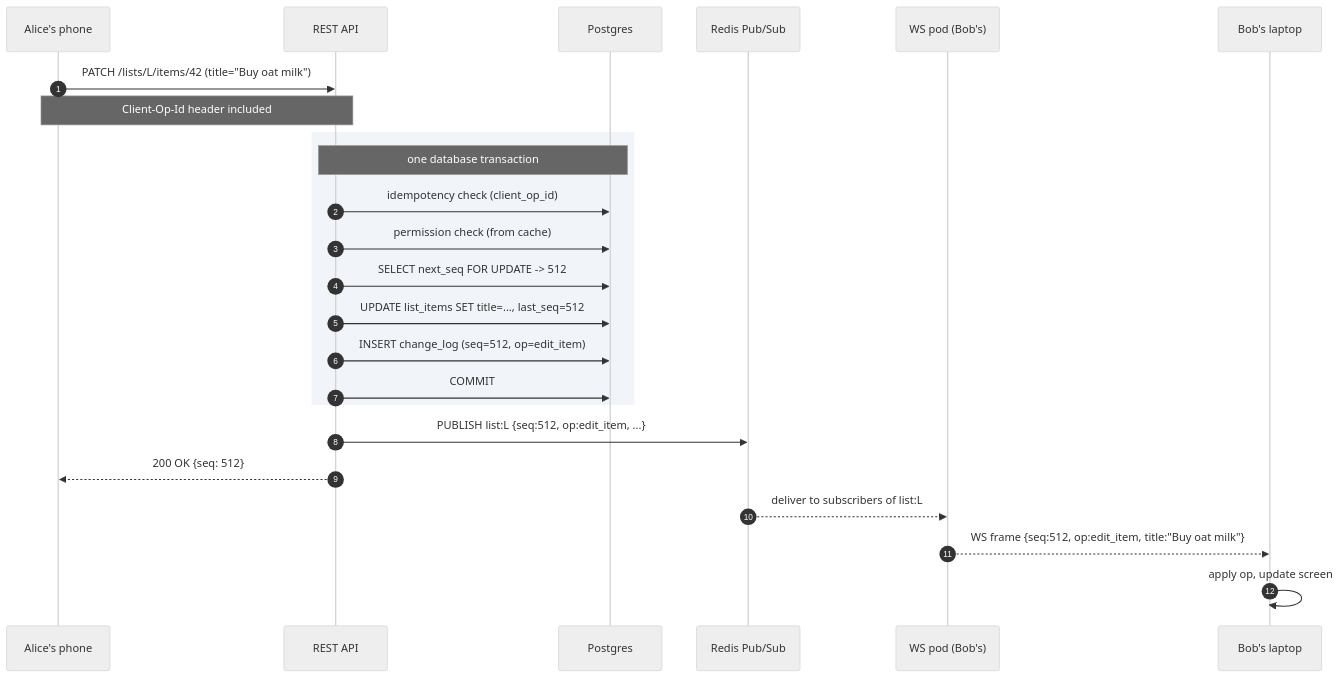
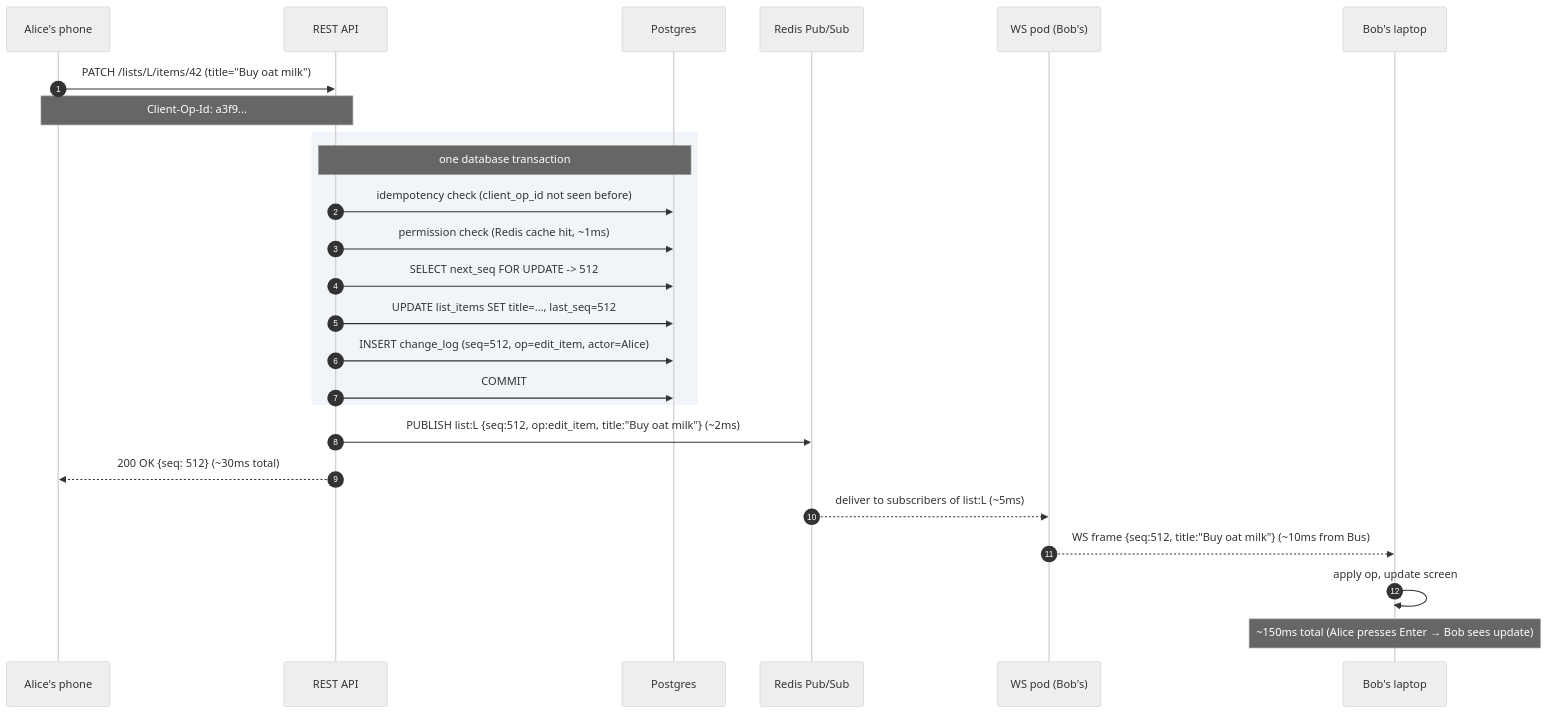
Before and after one commit to shiningflash/system-design: the tenth of 12 diagrams in problems/013-todo-list-sharing/question.md, drawn with Mermaid (neutral theme). The commit also changed other lines of this file and 37 other files, not shown here.

````diff
--- a/problems/013-todo-list-sharing/question.md
+++ b/problems/013-todo-list-sharing/question.md
@@ -384,29 +443,30 @@
 ```mermaid
 sequenceDiagram
     autonumber
     participant Alice as Alice's phone
     participant API as REST API
     participant DB as Postgres
     participant Bus as Redis Pub/Sub
     participant WS as WS pod (Bob's)
     participant Bob as Bob's laptop
 
     Alice->>API: PATCH /lists/L/items/42 (title="Buy oat milk")
-    Note over Alice,API: Client-Op-Id header included
+    Note over Alice,API: Client-Op-Id: a3f9...
 
     rect rgb(241, 245, 249)
         Note over API,DB: one database transaction
-        API->>DB: idempotency check (client_op_id)
-        API->>DB: permission check (from cache)
+        API->>DB: idempotency check (client_op_id not seen before)
+        API->>DB: permission check (Redis cache hit, ~1ms)
         API->>DB: SELECT next_seq FOR UPDATE -> 512
         API->>DB: UPDATE list_items SET title=..., last_seq=512
-        API->>DB: INSERT change_log (seq=512, op=edit_item)
+        API->>DB: INSERT change_log (seq=512, op=edit_item, actor=Alice)
         API->>DB: COMMIT
     end
 
-    API->>Bus: PUBLISH list:L {seq:512, op:edit_item, ...}
-    API-->>Alice: 200 OK {seq: 512}
-    Bus-->>WS: deliver to subscribers of list:L
-    WS-->>Bob: WS frame {seq:512, op:edit_item, title:"Buy oat milk"}
+    API->>Bus: PUBLISH list:L {seq:512, op:edit_item, title:"Buy oat milk"} (~2ms)
+    API-->>Alice: 200 OK {seq: 512} (~30ms total)
+    Bus-->>WS: deliver to subscribers of list:L (~5ms)
+    WS-->>Bob: WS frame {seq:512, title:"Buy oat milk"} (~10ms from Bus)
     Bob->>Bob: apply op, update screen
+    Note over Bob: ~150ms total (Alice presses Enter → Bob sees update)
 ```
````
